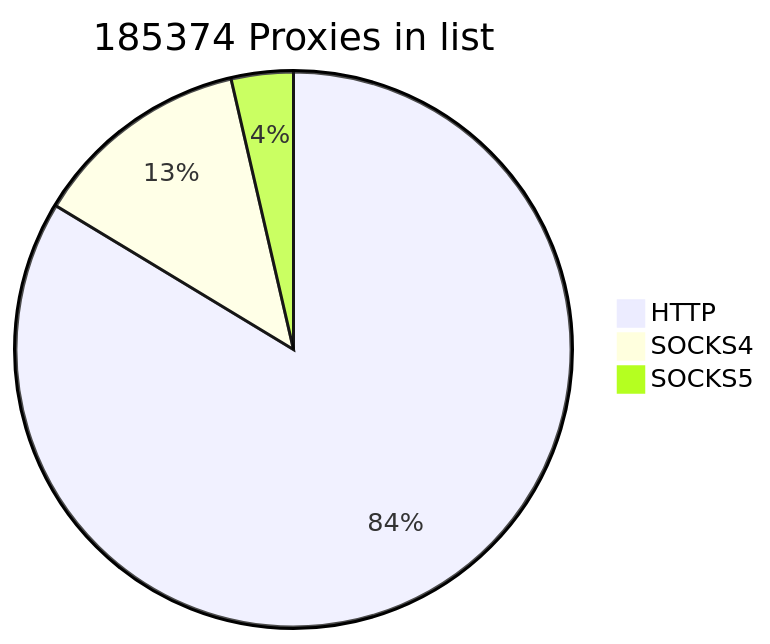
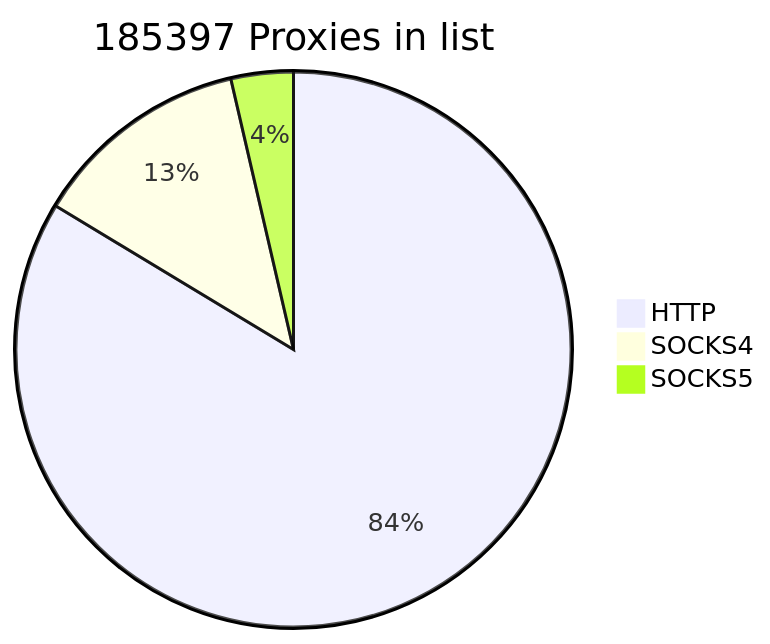
The first of 2 diagrams in README.md (cutipu/proxylist), drawn with Mermaid before and after one commit. The commit also changed other lines of this file, not shown here.

````diff
--- a/README.md
+++ b/README.md
@@ -2,7 +2,7 @@
 ```mermaid
-pie title 185374 Proxies in list
+pie title 185397 Proxies in list
     "HTTP" : 155083
-    "SOCKS4" : 23600
-    "SOCKS5" : 6691
+    "SOCKS4" : 23599
+    "SOCKS5" : 6715
             
 ```
````
